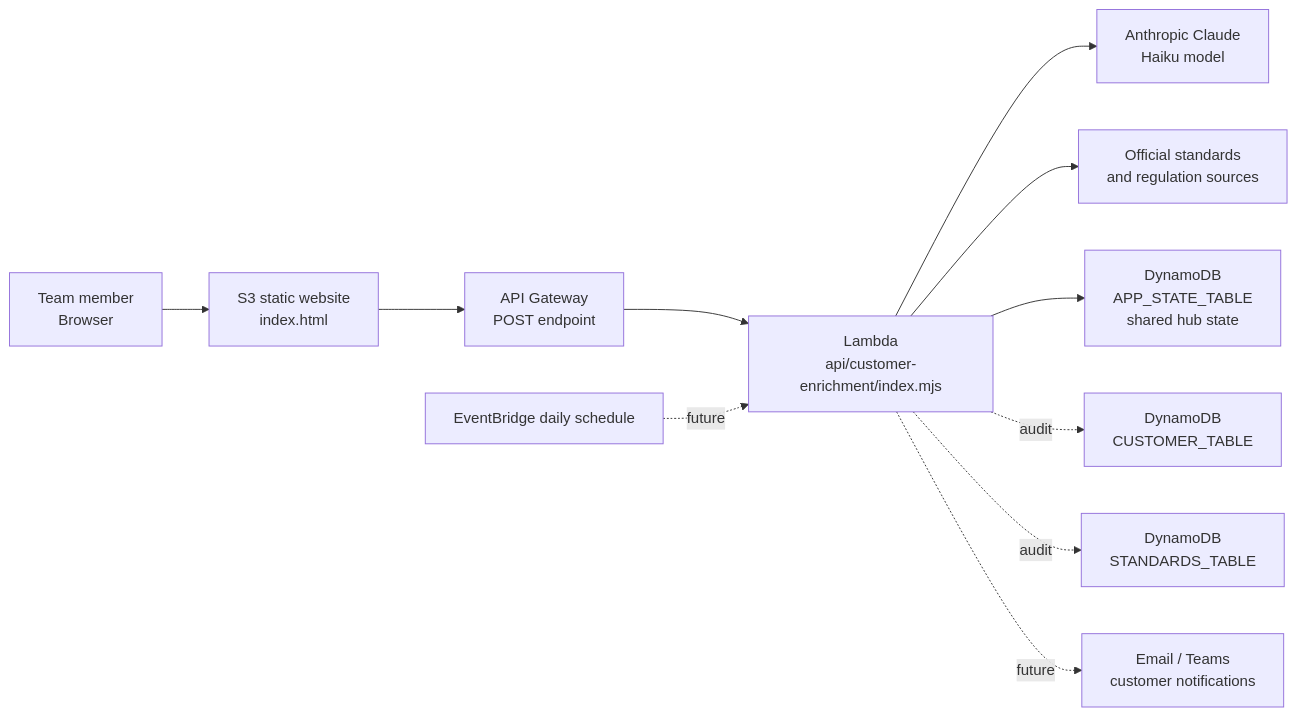
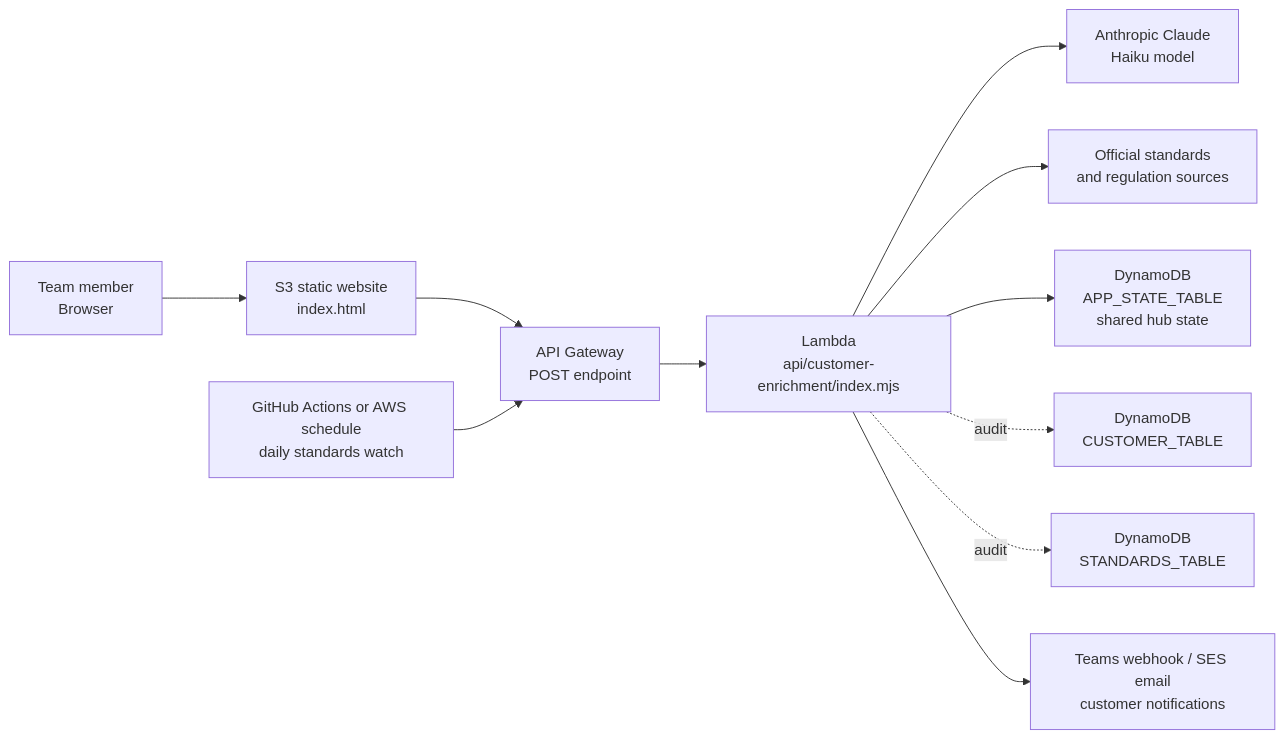
The diagram in README.md (child85/new-project-starter), drawn with Mermaid before and after one commit. The commit also changed other lines of this file and 3 other files, not shown here.

Commit message:
Add roles scheduled watch notifications and audit trail

````diff
--- a/README.md
+++ b/README.md
@@ -21,13 +22,13 @@
 ```mermaid
 flowchart LR
     User["Team member<br/>Browser"] --> Site["S3 static website<br/>index.html"]
     Site --> Gateway["API Gateway<br/>POST endpoint"]
     Gateway --> Lambda["Lambda<br/>api/customer-enrichment/index.mjs"]
     Lambda --> Claude["Anthropic Claude<br/>Haiku model"]
     Lambda --> Sources["Official standards<br/>and regulation sources"]
     Lambda --> State["DynamoDB<br/>APP_STATE_TABLE<br/>shared hub state"]
     Lambda -. audit .-> Customers["DynamoDB<br/>CUSTOMER_TABLE"]
     Lambda -. audit .-> Standards["DynamoDB<br/>STANDARDS_TABLE"]
-    Watch["EventBridge daily schedule"] -. future .-> Lambda
-    Lambda -. future .-> Notify["Email / Teams<br/>customer notifications"]
+    Watch["GitHub Actions or AWS schedule<br/>daily standards watch"] --> Gateway
+    Lambda --> Notify["Teams webhook / SES email<br/>customer notifications"]
 ```
````
